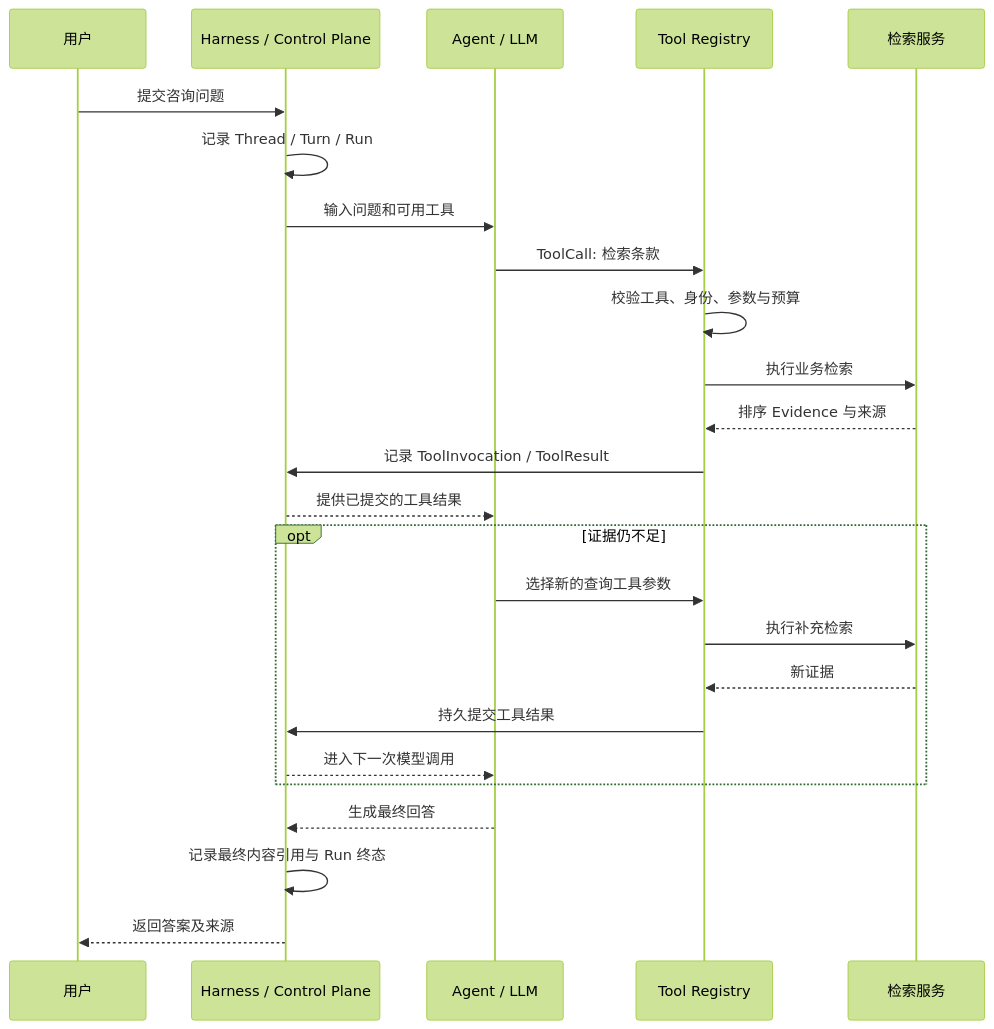
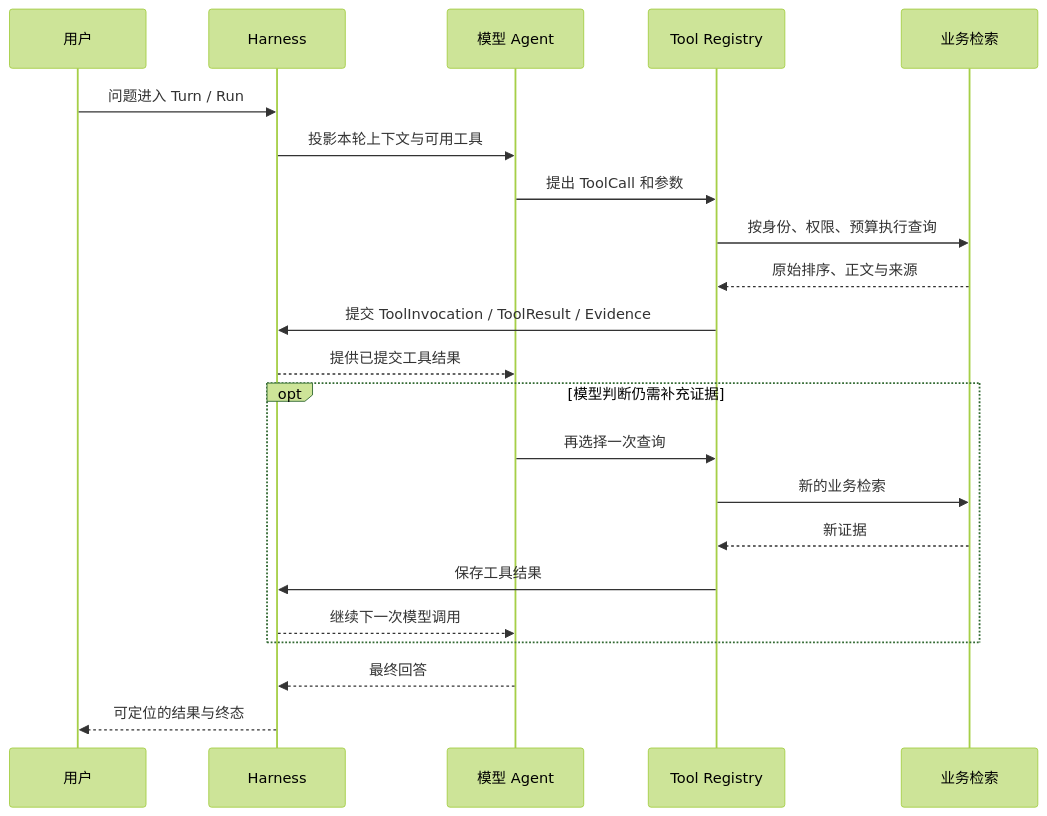
One commit to D1ChangGeng/D1ChangGeng changed the fourth of 4 diagrams in assets/insurance-agent-weekly/labs/week03-from-insurance-annotation-to-rag-evaluation.md. Above: the diagram before and after it, drawn with Mermaid (forest theme). The commit also changed other lines of this file and 9 other files, not shown here.

````diff
--- a/assets/insurance-agent-weekly/labs/week03-from-insurance-annotation-to-rag-evaluation.md
+++ b/assets/insurance-agent-weekly/labs/week03-from-insurance-annotation-to-rag-evaluation.md
@@ -564,27 +856,24 @@
 ```mermaid
 sequenceDiagram
-  participant U as 用户
-  participant H as Harness / Control Plane
-  participant M as Agent / LLM
-  participant T as Tool Registry
-  participant R as 检索服务
-  U->>H: 提交咨询问题
-  H->>H: 记录 Thread / Turn / Run
-  H->>M: 输入问题和可用工具
-  M->>T: ToolCall: 检索条款
-  T->>T: 校验工具、身份、参数与预算
-  T->>R: 执行业务检索
-  R-->>T: 排序 Evidence 与来源
-  T->>H: 记录 ToolInvocation / ToolResult
-  H-->>M: 提供已提交的工具结果
-  opt 证据仍不足
-    M->>T: 选择新的查询工具参数
-    T->>R: 执行补充检索
-    R-->>T: 新证据
-    T->>H: 持久提交工具结果
-    H-->>M: 进入下一次模型调用
-  end
-  M-->>H: 生成最终回答
-  H->>H: 记录最终内容引用与 Run 终态
-  H-->>U: 返回答案及来源
+    participant U as 用户
+    participant H as Harness
+    participant M as 模型 Agent
+    participant T as Tool Registry
+    participant S as 业务检索
+    U->>H: 问题进入 Turn / Run
+    H->>M: 投影本轮上下文与可用工具
+    M->>T: 提出 ToolCall 和参数
+    T->>S: 按身份、权限、预算执行查询
+    S-->>T: 原始排序、正文与来源
+    T->>H: 提交 ToolInvocation / ToolResult / Evidence
+    H-->>M: 提供已提交工具结果
+    opt 模型判断仍需补充证据
+        M->>T: 再选择一次查询
+        T->>S: 新的业务检索
+        S-->>T: 新证据
+        T->>H: 保存工具结果
+        H-->>M: 继续下一次模型调用
+    end
+    M-->>H: 最终回答
+    H-->>U: 可定位的结果与终态
 ```
````
